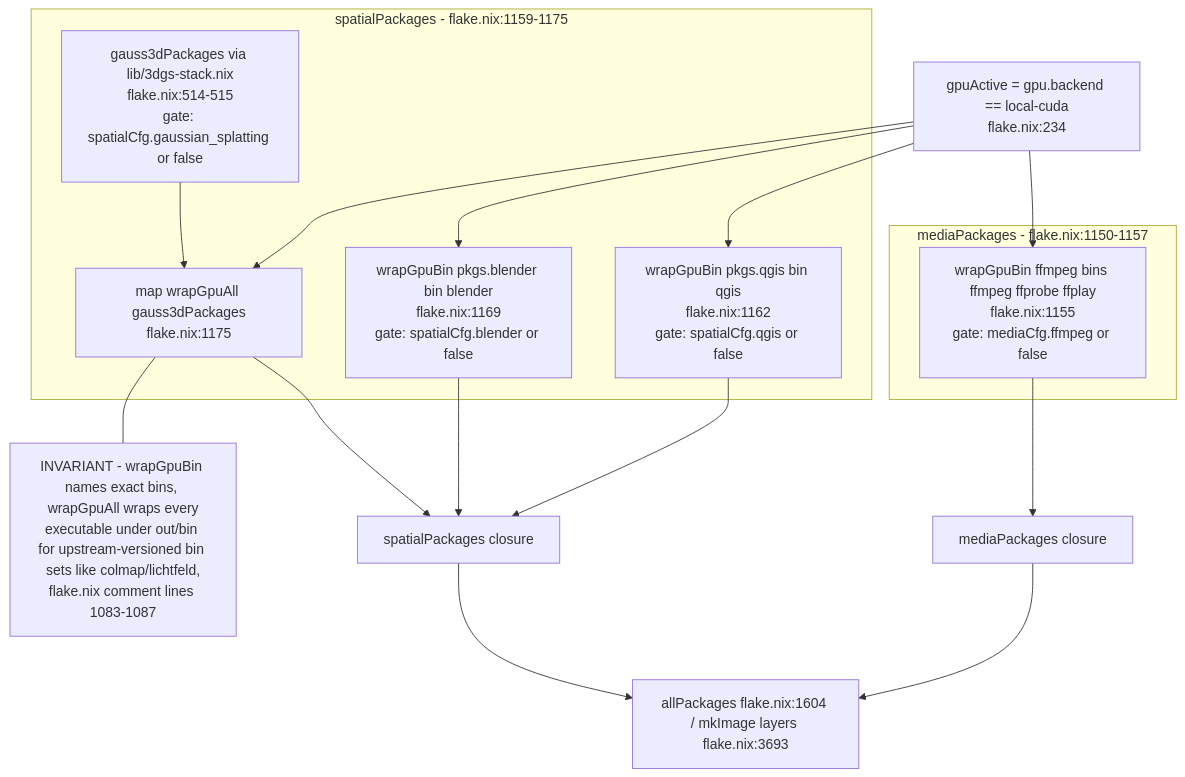
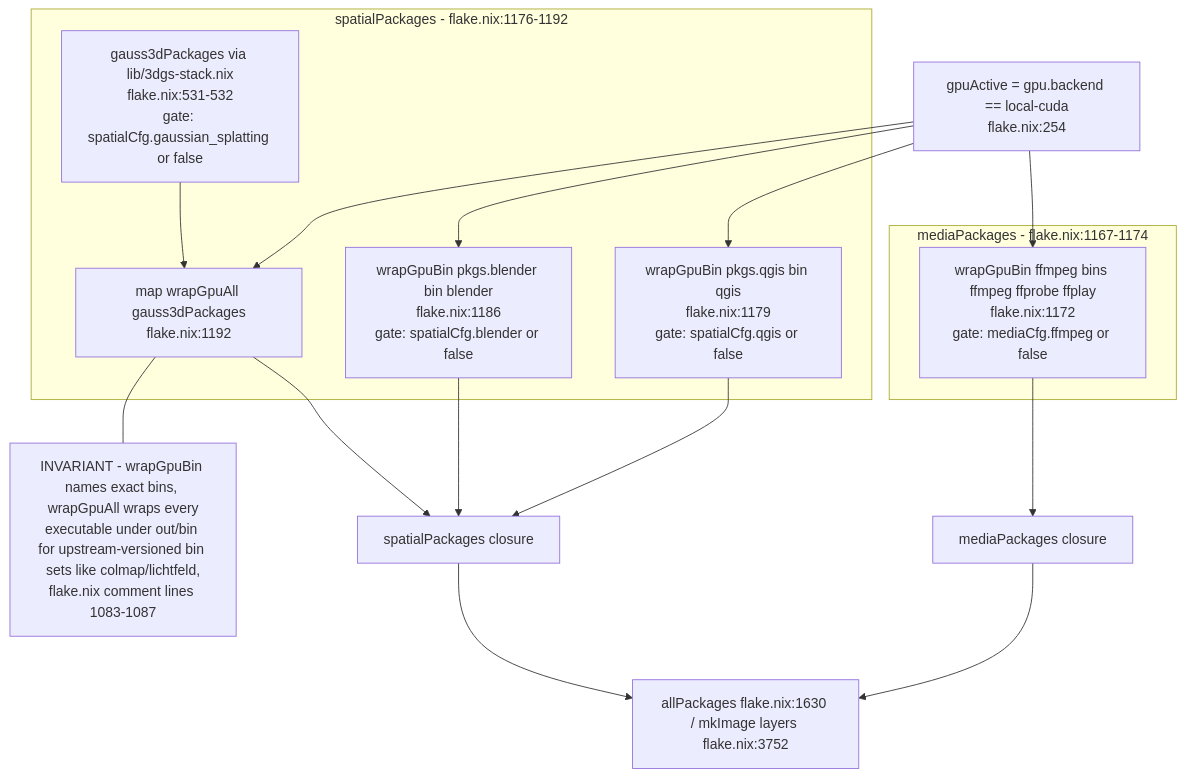
The seventh of 11 diagrams in docs/diagrams/agentbox/01-nix-flake-composition.md (DreamLab-AI/VisionFlow), drawn with Mermaid before and after one commit. The commit also changed other lines of this file and 28 other files, not shown here.

````diff
--- a/docs/diagrams/agentbox/01-nix-flake-composition.md
+++ b/docs/diagrams/agentbox/01-nix-flake-composition.md
@@ -269,32 +271,32 @@
 ```mermaid
 flowchart TB
-    GPUACT["gpuActive = gpu.backend == local-cuda<br/>flake.nix:234"]
+    GPUACT["gpuActive = gpu.backend == local-cuda<br/>flake.nix:254"]
 
-    subgraph MEDIA["mediaPackages - flake.nix:1150-1157"]
-        FF["wrapGpuBin ffmpeg bins ffmpeg ffprobe ffplay<br/>flake.nix:1155<br/>gate: mediaCfg.ffmpeg or false"]
+    subgraph MEDIA["mediaPackages - flake.nix:1167-1174"]
+        FF["wrapGpuBin ffmpeg bins ffmpeg ffprobe ffplay<br/>flake.nix:1172<br/>gate: mediaCfg.ffmpeg or false"]
     end
 
-    subgraph SPATIAL["spatialPackages - flake.nix:1159-1175"]
-        QGIS["wrapGpuBin pkgs.qgis bin qgis<br/>flake.nix:1162<br/>gate: spatialCfg.qgis or false"]
-        BLENDER["wrapGpuBin pkgs.blender bin blender<br/>flake.nix:1169<br/>gate: spatialCfg.blender or false"]
-        GAUSS["gauss3dPackages via lib/3dgs-stack.nix<br/>flake.nix:514-515<br/>gate: spatialCfg.gaussian_splatting or false"]
-        WRAPALL["map wrapGpuAll gauss3dPackages<br/>flake.nix:1175"]
+    subgraph SPATIAL["spatialPackages - flake.nix:1176-1192"]
+        QGIS["wrapGpuBin pkgs.qgis bin qgis<br/>flake.nix:1179<br/>gate: spatialCfg.qgis or false"]
+        BLENDER["wrapGpuBin pkgs.blender bin blender<br/>flake.nix:1186<br/>gate: spatialCfg.blender or false"]
+        GAUSS["gauss3dPackages via lib/3dgs-stack.nix<br/>flake.nix:531-532<br/>gate: spatialCfg.gaussian_splatting or false"]
+        WRAPALL["map wrapGpuAll gauss3dPackages<br/>flake.nix:1192"]
         GAUSS --> WRAPALL
     end
 
     GPUACT --> FF
     GPUACT --> QGIS
     GPUACT --> BLENDER
     GPUACT --> WRAPALL
 
     FF --> MEDIAPKG["mediaPackages closure"]
     QGIS --> SPATIALPKG["spatialPackages closure"]
     BLENDER --> SPATIALPKG
     WRAPALL --> SPATIALPKG
 
-    MEDIAPKG --> ALLPKG["allPackages flake.nix:1604 / mkImage layers flake.nix:3693"]
+    MEDIAPKG --> ALLPKG["allPackages flake.nix:1630 / mkImage layers flake.nix:3752"]
     SPATIALPKG --> ALLPKG
 
     NOTE1["INVARIANT - wrapGpuBin names exact bins, wrapGpuAll wraps every<br/>executable under out/bin for upstream-versioned bin sets like colmap/lichtfeld,<br/>flake.nix comment lines 1083-1087"]
     WRAPALL --- NOTE1
 ```
````
